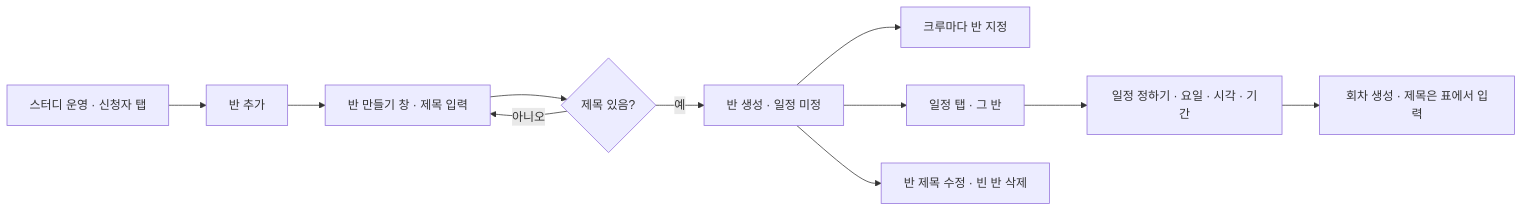
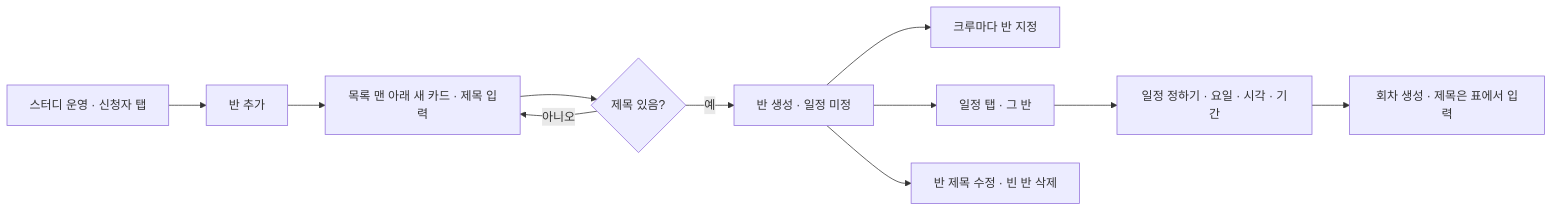
One commit to StudyClub-PlusPlus/studyclub-engineering changed the first of 2 diagrams in 01-planning/stories/captain-assign-classes/PRD.md. Above: the diagram before and after it, drawn with Mermaid. The commit also changed other lines of this file and 8 other files, not shown here.

````diff
--- a/01-planning/stories/captain-assign-classes/PRD.md
+++ b/01-planning/stories/captain-assign-classes/PRD.md
@@ -9,13 +9,13 @@
 ```mermaid
 flowchart LR
   A["스터디 운영 · 신청자 탭"] --> B["반 추가"]
-  B --> C["반 만들기 창 · 제목 입력"]
+  B --> C["목록 맨 아래 새 카드 · 제목 입력"]
   C --> D{"제목 있음?"}
   D -->|아니오| C
   D -->|예| E["반 생성 · 일정 미정"]
   E --> F["크루마다 반 지정"]
   E --> G["일정 탭 · 그 반"]
   G --> H["일정 정하기 · 요일 · 시각 · 기간"]
   H --> I["회차 생성 · 제목은 표에서 입력"]
   E --> J["반 제목 수정 · 빈 반 삭제"]
 ```
````
